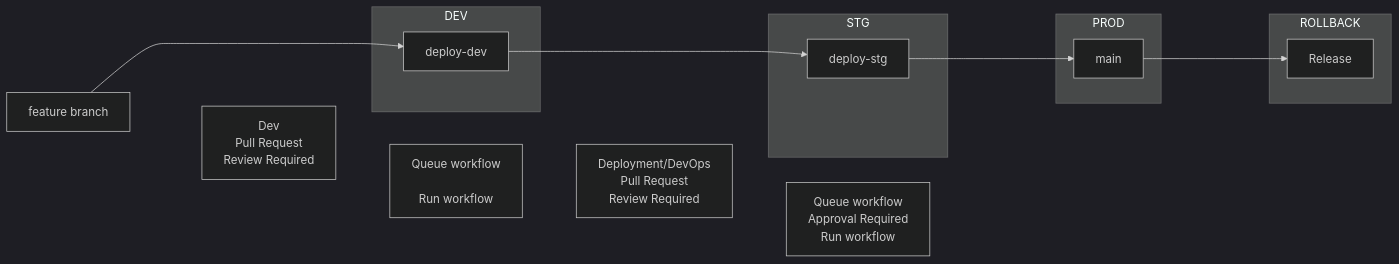
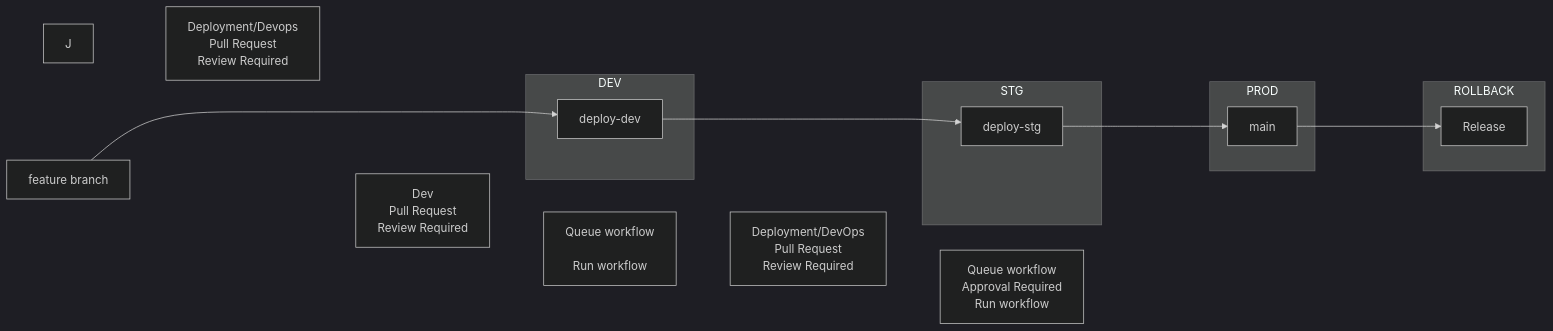
The diagram in Gates-Workflow.md (fritzramos-gf/Workflows), drawn with Mermaid (dark theme) before and after one commit.

````diff
--- a/Gates-Workflow.md
+++ b/Gates-Workflow.md
@@ -1,37 +1,38 @@
 ```mermaid
 flowchart LR
     A[feature branch] ----> B
     A ~~~ C["Dev\nPull Request\nReview Required"]
     C ~~~ B
     subgraph DEV
         B[deploy-dev]
     end
      C ~~~ G["Queue workflow
         \nRun workflow"]
 
     B ---> D
     G ~~~ H["Deployment/DevOps\nPull Request\nReview Required"]
     H ~~~ D
     subgraph STG
         D[deploy-stg]
     end
     H ~~~ I["Queue workflow\nApproval Required\nRun workflow"]
     D ----> E
     subgraph PROD
         E[main]
     end
     E ----> F
+    J ~~~ K["Deployment/Devops\nPull Request\nReview Required"]
     subgraph ROLLBACK
         F[Release]
     end
 
 
 
 
 
 
 
 
 
 
 ```
````
